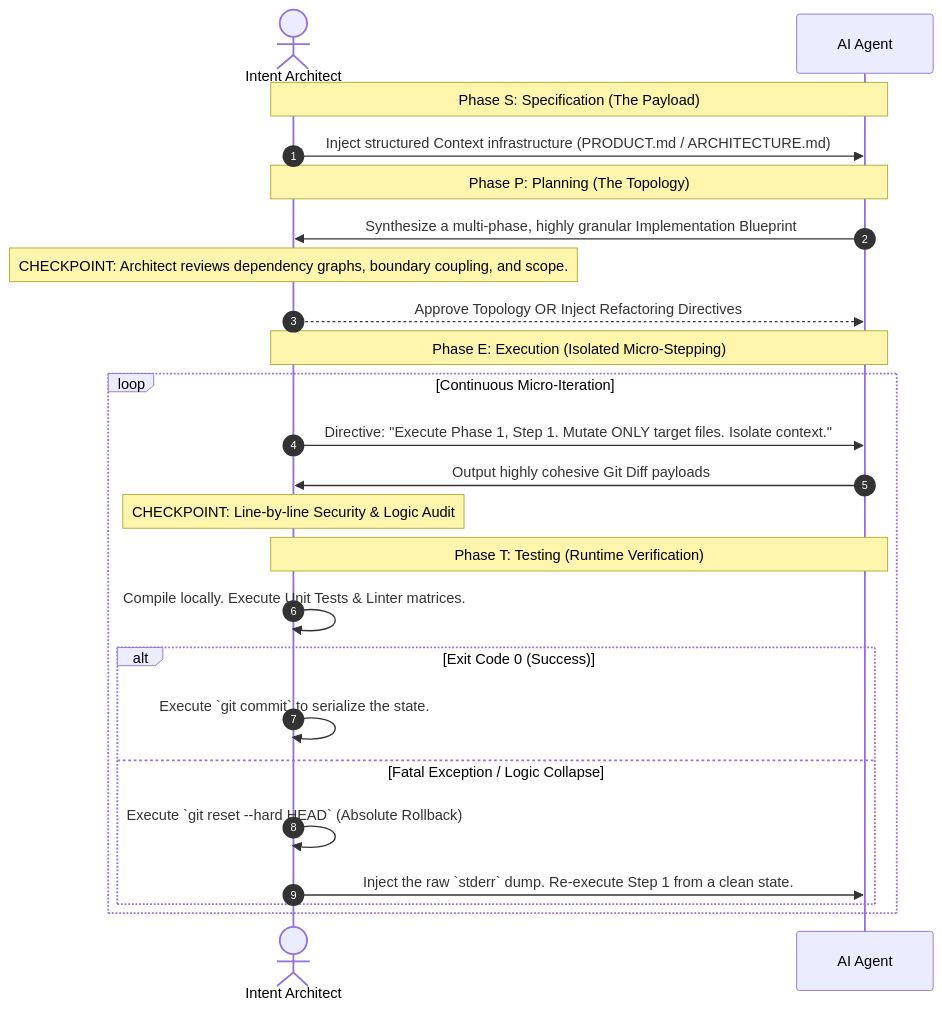
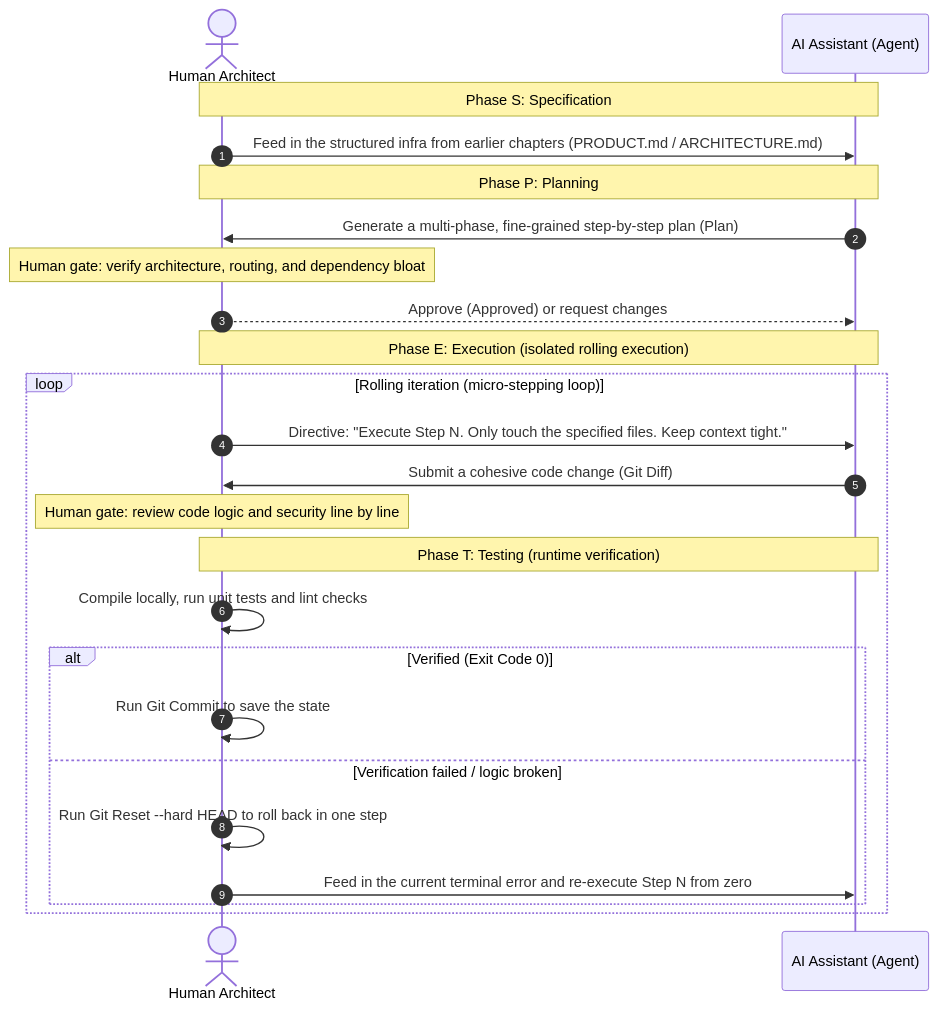
The first of 4 diagrams in i18n/en/docusaurus-plugin-content-docs/current/planning.md (ruanqizhen/cocode), drawn with Mermaid before and after one commit. The commit also changed other lines of this file and 51 other files, not shown here.

````diff
--- a/i18n/en/docusaurus-plugin-content-docs/current/planning.md
+++ b/i18n/en/docusaurus-plugin-content-docs/current/planning.md
@@ -29,30 +27,30 @@
 ```mermaid
 sequenceDiagram
     autonumber
-    actor Human as Intent Architect
-    participant AI as AI Agent
+    actor Human as Human Architect
+    participant AI as AI Assistant (Agent)
     
-    Note over Human, AI: Phase S: Specification (The Payload)
-    Human->>AI: Inject structured Context infrastructure (PRODUCT.md / ARCHITECTURE.md)
+    Note over Human, AI: Phase S: Specification
+    Human->>AI: Feed in the structured infra from earlier chapters (PRODUCT.md / ARCHITECTURE.md)
     
-    Note over Human, AI: Phase P: Planning (The Topology)
-    AI->>Human: Synthesize a multi-phase, highly granular Implementation Blueprint
-    Note over Human: CHECKPOINT: Architect reviews dependency graphs, boundary coupling, and scope.
-    Human-->>AI: Approve Topology OR Inject Refactoring Directives
+    Note over Human, AI: Phase P: Planning
+    AI->>Human: Generate a multi-phase, fine-grained step-by-step plan (Plan)
+    Note over Human: Human gate: verify architecture, routing, and dependency bloat
+    Human-->>AI: Approve (Approved) or request changes
     
-    Note over Human, AI: Phase E: Execution (Isolated Micro-Stepping)
-    loop Continuous Micro-Iteration
-        Human->>AI: Directive: "Execute Phase 1, Step 1. Mutate ONLY target files. Isolate context."
-        AI->>Human: Output highly cohesive Git Diff payloads
-        Note over Human: CHECKPOINT: Line-by-line Security & Logic Audit
+    Note over Human, AI: Phase E: Execution (isolated rolling execution)
+    loop Rolling iteration (micro-stepping loop)
+        Human->>AI: Directive: "Execute Step N. Only touch the specified files. Keep context tight."
+        AI->>Human: Submit a cohesive code change (Git Diff)
+        Note over Human: Human gate: review code logic and security line by line
         
-        Note over Human, AI: Phase T: Testing (Runtime Verification)
-        Human->>Human: Compile locally. Execute Unit Tests & Linter matrices.
-        alt Exit Code 0 (Success)
-            Human->>Human: Execute `git commit` to serialize the state.
-        else Fatal Exception / Logic Collapse
-            Human->>Human: Execute `git reset --hard HEAD` (Absolute Rollback)
-            Human->>AI: Inject the raw `stderr` dump. Re-execute Step 1 from a clean state.
+        Note over Human, AI: Phase T: Testing (runtime verification)
+        Human->>Human: Compile locally, run unit tests and lint checks
+        alt Verified (Exit Code 0)
+            Human->>Human: Run Git Commit to save the state
+        else Verification failed / logic broken
+            Human->>Human: Run Git Reset --hard HEAD to roll back in one step
+            Human->>AI: Feed in the current terminal error and re-execute Step N from zero
         end
     end
 ```
````
